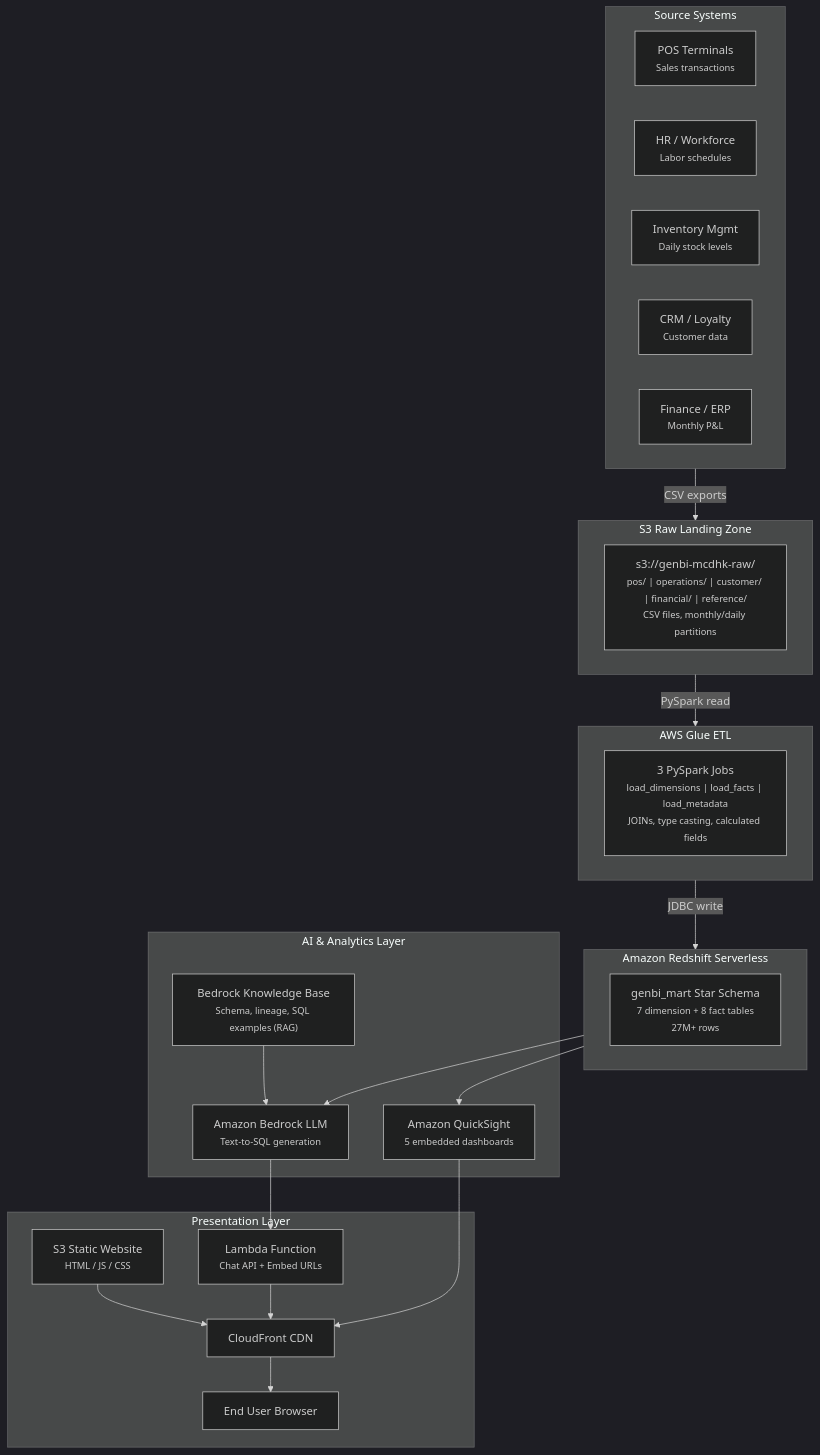
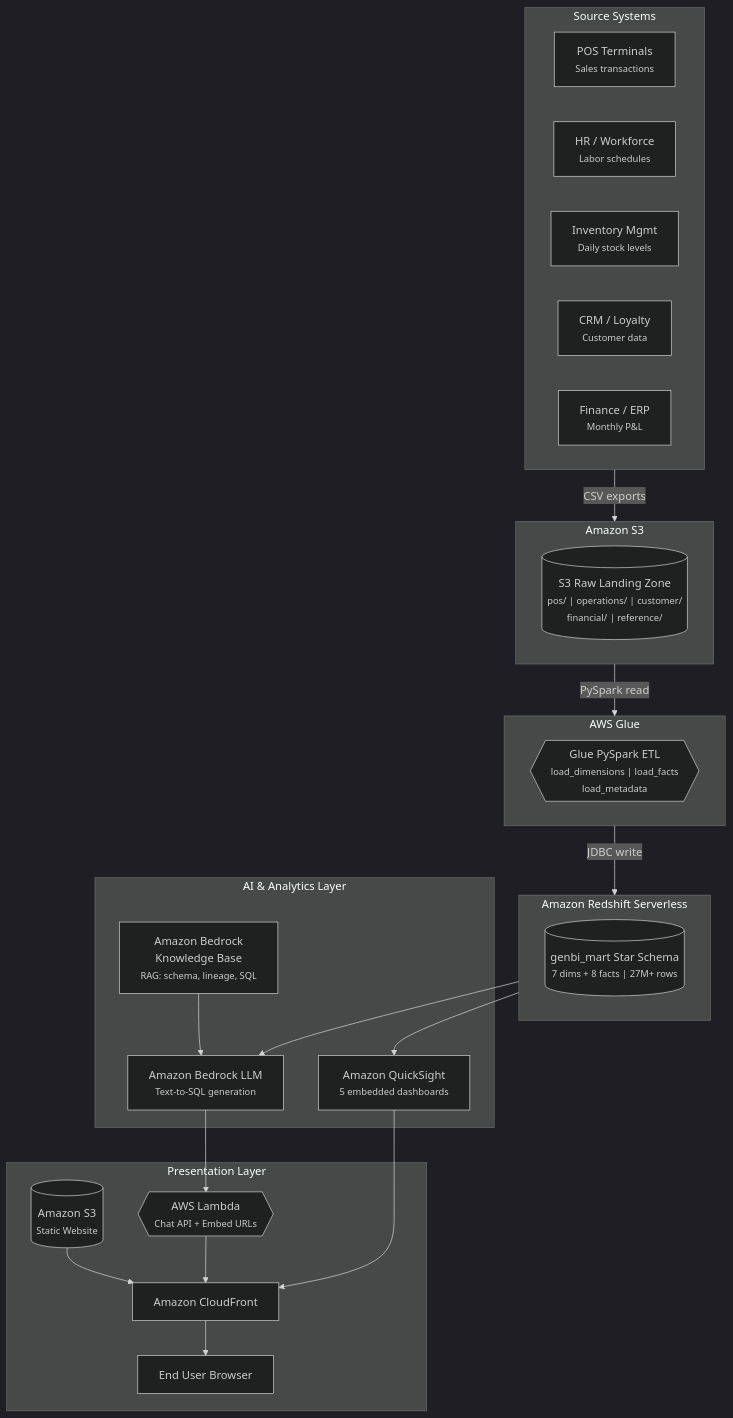
One commit to danielpeggy/bi-report-chatbot changed the first of 3 diagrams in README.md. Above: the diagram before and after it, drawn with Mermaid (dark theme). The commit also changed other lines of this file, not shown here.

Commit message:
Add deployment architectures, enhance Getting Started guide, use AWS service names in diagrams

````diff
--- a/README.md
+++ b/README.md
@@ -34,47 +34,47 @@
 ```mermaid
 flowchart TB
     subgraph Sources["Source Systems"]
         POS["POS Terminals<br/><small>Sales transactions</small>"]
         HR["HR / Workforce<br/><small>Labor schedules</small>"]
         INV["Inventory Mgmt<br/><small>Daily stock levels</small>"]
         CRM["CRM / Loyalty<br/><small>Customer data</small>"]
         FIN["Finance / ERP<br/><small>Monthly P&L</small>"]
     end
 
-    subgraph S3["S3 Raw Landing Zone"]
-        RAW["s3://genbi-mcdhk-raw/<br/><small>pos/ | operations/ | customer/ | financial/ | reference/</small><br/><small>CSV files, monthly/daily partitions</small>"]
+    subgraph S3["Amazon S3"]
+        RAW[("S3 Raw Landing Zone<br/><small>pos/ | operations/ | customer/<br/>financial/ | reference/</small>")]
     end
 
-    subgraph Glue["AWS Glue ETL"]
-        ETL["3 PySpark Jobs<br/><small>load_dimensions | load_facts | load_metadata</small><br/><small>JOINs, type casting, calculated fields</small>"]
+    subgraph Glue["AWS Glue"]
+        ETL{{"Glue PySpark ETL<br/><small>load_dimensions | load_facts<br/>load_metadata</small>"}}
     end
 
     subgraph Redshift["Amazon Redshift Serverless"]
-        DW["genbi_mart Star Schema<br/><small>7 dimension + 8 fact tables</small><br/><small>27M+ rows</small>"]
+        DW[("genbi_mart Star Schema<br/><small>7 dims + 8 facts | 27M+ rows</small>")]
     end
 
     subgraph AI["AI & Analytics Layer"]
-        KB["Bedrock Knowledge Base<br/><small>Schema, lineage, SQL examples (RAG)</small>"]
-        CLAUDE["Amazon Bedrock LLM<br/><small>Text-to-SQL generation</small>"]
+        KB["Amazon Bedrock<br/>Knowledge Base<br/><small>RAG: schema, lineage, SQL</small>"]
+        LLM["Amazon Bedrock LLM<br/><small>Text-to-SQL generation</small>"]
         QS["Amazon QuickSight<br/><small>5 embedded dashboards</small>"]
     end
 
     subgraph Presentation["Presentation Layer"]
-        CF["CloudFront CDN"]
-        S3W["S3 Static Website<br/><small>HTML / JS / CSS</small>"]
-        LAMBDA["Lambda Function<br/><small>Chat API + Embed URLs</small>"]
+        CF["Amazon CloudFront"]
+        S3W[("Amazon S3<br/><small>Static Website</small>")]
+        LAMBDA{{"AWS Lambda<br/><small>Chat API + Embed URLs</small>"}}
         BROWSER["End User Browser"]
     end
 
     Sources --> |"CSV exports"| S3
     S3 --> |"PySpark read"| Glue
     Glue --> |"JDBC write"| Redshift
-    Redshift --> CLAUDE
-    KB --> CLAUDE
+    Redshift --> LLM
+    KB --> LLM
     Redshift --> QS
-    CLAUDE --> LAMBDA
+    LLM --> LAMBDA
     QS --> CF
     S3W --> CF
     LAMBDA --> CF
     CF --> BROWSER
 ```
````
